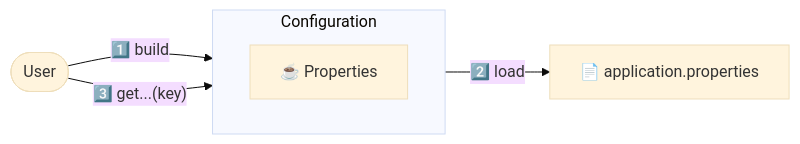
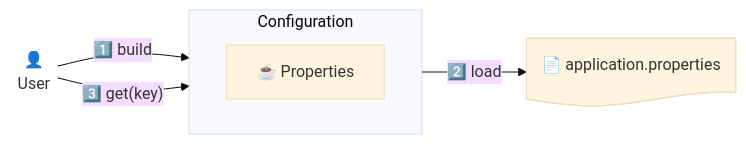
Before and after one commit to oswaldobapvicjr/confectory: the second of 3 diagrams in README.md, drawn with Mermaid (base theme). The commit also changed other lines of this file, not shown here.

First line of the commit message:
Refine overview and update diagram labels in README

````diff
--- a/README.md
+++ b/README.md
@@ -51,10 +52,10 @@
 ```mermaid
 flowchart LR
   subgraph Configuration
     direction LR
     object["☕ Properties"]
   end
-  u(["User"]) -- 1️⃣ build --> Configuration
-  object -- 2️⃣ load --> file["📄 application.properties"]
-  u -- 3️⃣ get...(key) --> Configuration
+  u@{ shape: text, label: ["👤\nUser"]} -- 1️⃣ build --> Configuration
+  object -- 2️⃣ load -->  file@{ shape: doc, label: "📄 application.properties"}
+  u -- 3️⃣ get(key) --> Configuration
 ```
````
